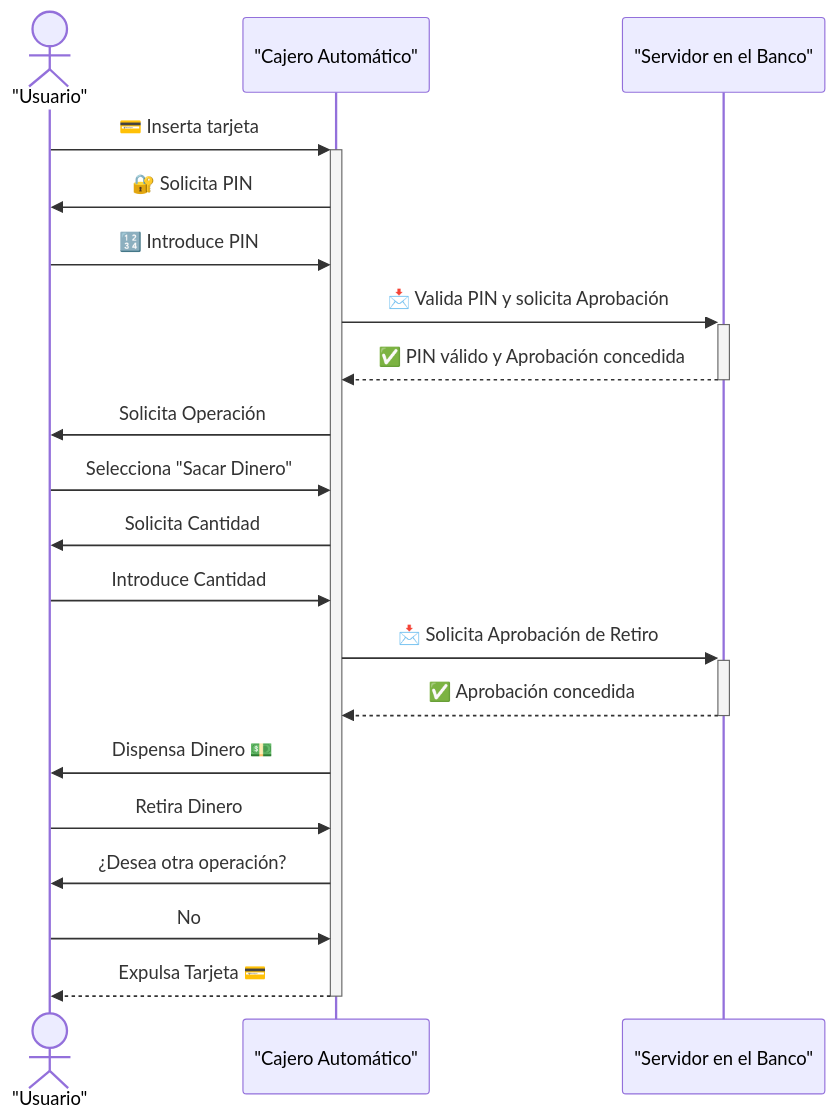
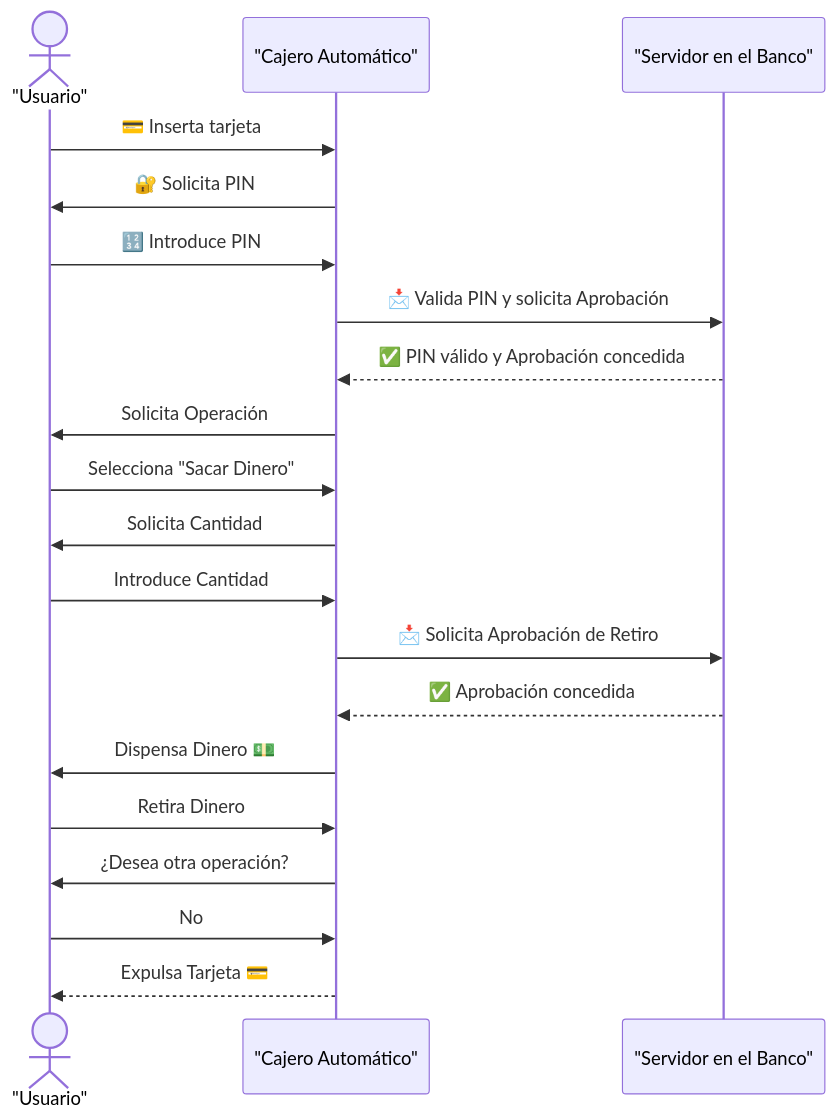
One commit to IvanciniGT/formacionUMLDTE changed the second of 6 diagrams in notas/dia1.md. Above: the diagram before and after it, drawn with Mermaid. The commit also changed other lines of this file and 8 other files, not shown here.

````diff
--- a/notas/dia1.md
+++ b/notas/dia1.md
@@ -185,26 +201,24 @@
 ```mermaid
-
 sequenceDiagram
 
-actor            U as "Usuario"
-participant      CA as "Cajero Automático"
-participant      S as "Servidor en el Banco"
+    actor U as "Usuario"
+    participant CA as "Cajero Automático"
+    participant S as "Servidor en el Banco"
 
-U  ->> +CA:      💳 Inserta tarjeta
-CA ->> U:        🔐 Solicita PIN
-U  ->> CA:       🔢 Introduce PIN
-CA ->> +S:       📩 Valida PIN y solicita Aprobación
-S  -->> -CA:     ✅ PIN válido y Aprobación concedida
-CA ->> U:        Solicita Operación
-U  ->> CA:       Selecciona "Sacar Dinero"
-CA ->> U:        Solicita Cantidad
-U  ->> CA:       Introduce Cantidad
-CA ->> +S:       📩 Solicita Aprobación de Retiro
-S  -->> -CA:     ✅ Aprobación concedida
-CA ->> U:        Dispensa Dinero 💵
-U  ->> CA:       Retira Dinero
-CA ->> U:        ¿Desea otra operación?
-U  ->> CA:       No
-CA -->> -U:      Expulsa Tarjeta 💳
-
+    U->>CA: 💳 Inserta tarjeta
+    CA->>U: 🔐 Solicita PIN
+    U->>CA: 🔢 Introduce PIN
+    CA->>S: 📩 Valida PIN y solicita Aprobación
+    S-->>CA: ✅ PIN válido y Aprobación concedida
+    CA->>U: Solicita Operación
+    U->>CA: Selecciona "Sacar Dinero"
+    CA->>U: Solicita Cantidad
+    U->>CA: Introduce Cantidad
+    CA->>S: 📩 Solicita Aprobación de Retiro
+    S-->>CA: ✅ Aprobación concedida
+    CA->>U: Dispensa Dinero 💵
+    U->>CA: Retira Dinero
+    CA->>U: ¿Desea otra operación?
+    U->>CA: No
+    CA-->>U: Expulsa Tarjeta 💳
 ```
````
